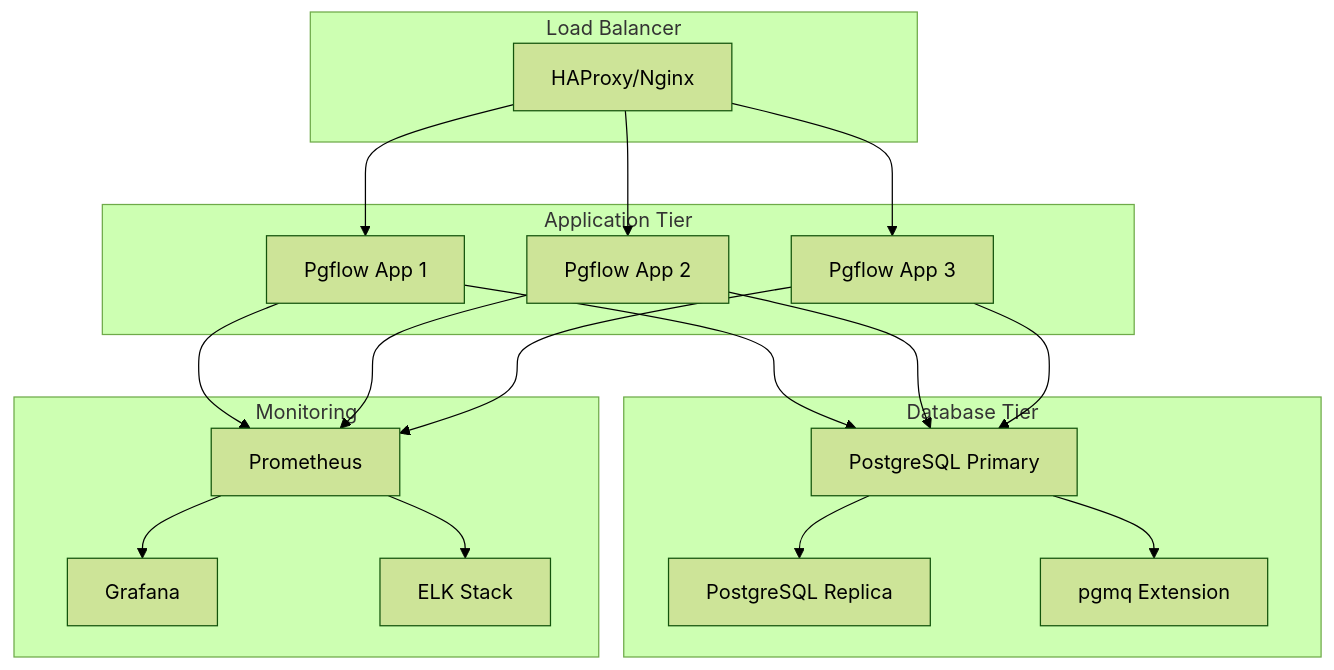
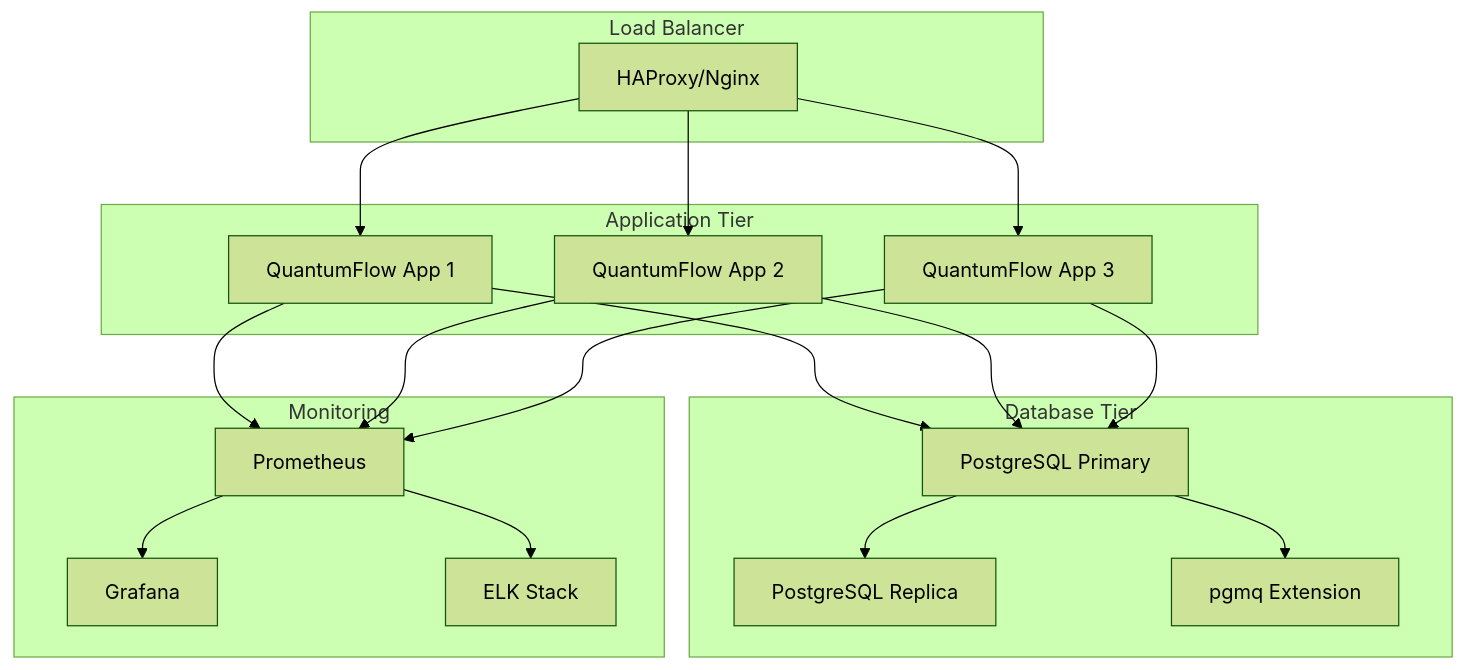
The tenth of 15 diagrams in docs/architecture_diagrams.md (Singularity-ng/singularity-workflows), drawn with Mermaid (forest theme) before and after one commit. The commit also changed other lines of this file and 410 other files, not shown here.

First line of the commit message:
Rename ex_pgflow package to ex_quantum_flow

````diff
--- a/docs/architecture_diagrams.md
+++ b/docs/architecture_diagrams.md
@@ -250,38 +250,38 @@
 ```mermaid
 graph TB
     subgraph "Load Balancer"
         A[HAProxy/Nginx]
     end
     
     subgraph "Application Tier"
-        B[Pgflow App 1]
-        C[Pgflow App 2]
-        D[Pgflow App 3]
+        B[QuantumFlow App 1]
+        C[QuantumFlow App 2]
+        D[QuantumFlow App 3]
     end
     
     subgraph "Database Tier"
         E[PostgreSQL Primary]
         F[PostgreSQL Replica]
         G[pgmq Extension]
     end
     
     subgraph "Monitoring"
         H[Prometheus]
         I[Grafana]
         J[ELK Stack]
     end
     
     A --> B
     A --> C
     A --> D
     B --> E
     C --> E
     D --> E
     E --> F
     E --> G
     B --> H
     C --> H
     D --> H
     H --> I
     H --> J
 ```
````
